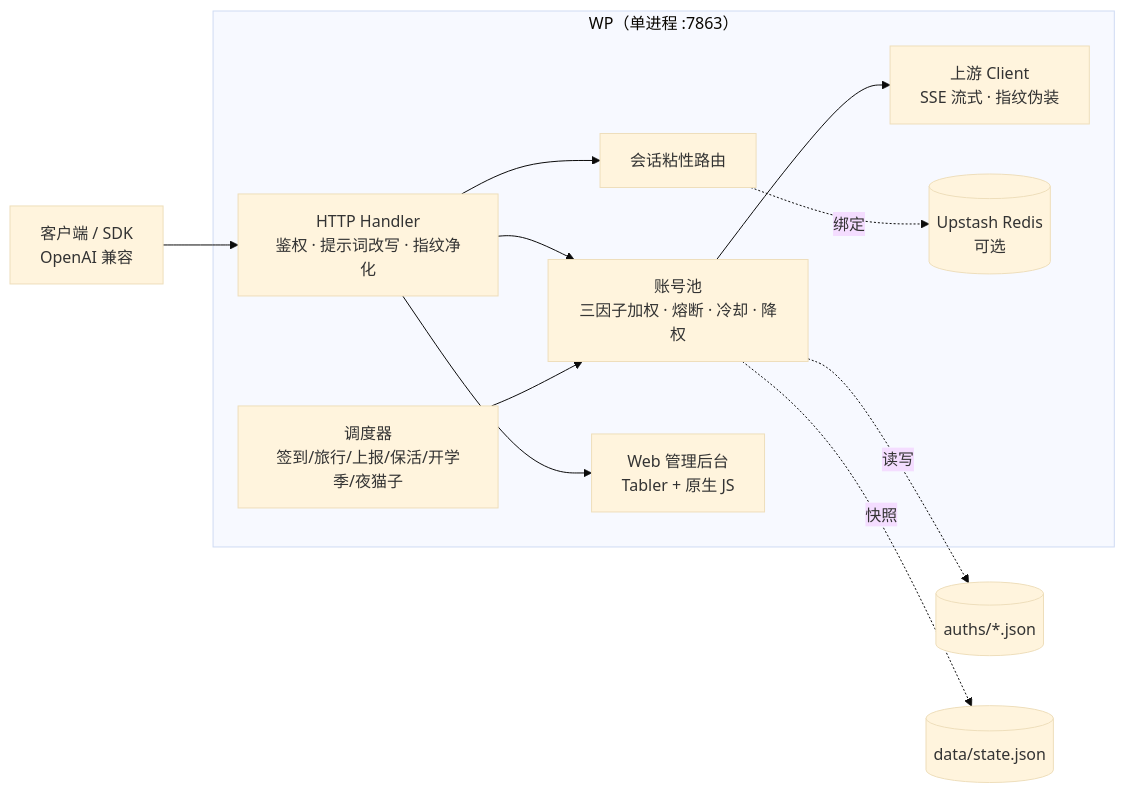
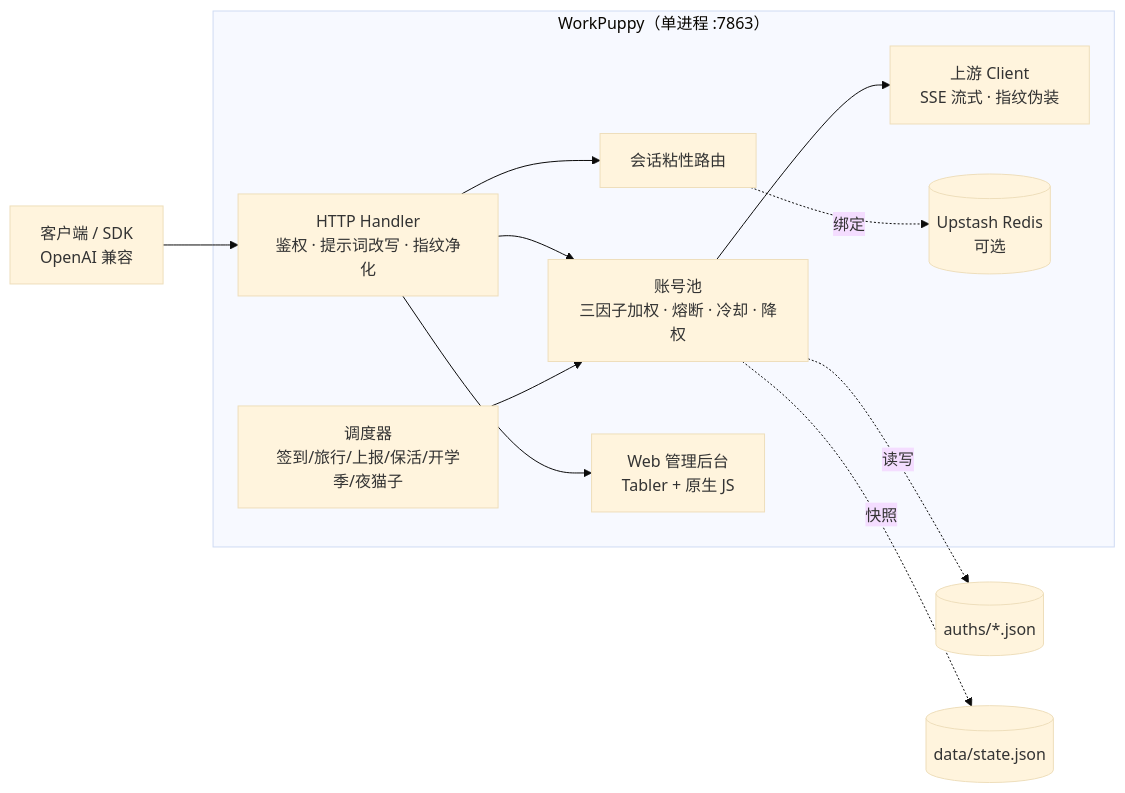
Before and after one commit to workpuppy/workpuppy: the diagram in README.md, drawn with Mermaid (base theme). The commit also changed other lines of this file, not shown here.

Commit message:
docs(readme): 正文里的产品自称统一为 WorkPuppy
把 README 里仍以 `WP` 指代产品自身的地方改掉（标题上一版已改）：
- 顶部 logo 的 `alt="WP"` → `alt="WorkPuppy"`；
- 架构图 mermaid 子图标签 `WP（单进程 :7863）` → `WorkPuppy（单进程 :7863）`。

刻意保留（都是标识符，改了会破坏兼容或用例）：
- 容器名 / 二进制名：`--name wp`、`go build -o wp`、`./wp -config`、
  `docker compose exec -it wp`、`docker compose restart wp`；
- 环境变量：`WP_ADMIN_PASSWORD` / `WP_AUTH_DIR` / `WP_STATE_FILE` / `WP_CONFIG` 等；
- 命令：`wpctl`、`./acct.sh` 等；`/status` 示例里的 `"service":"wp"`；
- 镜像坐标：`ghcr.io/workpuppy/workpuppy`、compose 服务名 `wp:`。

自检：全仓 `\bWP\b` 只剩上述命令/标识符；文档改动不影响构建，go test 无变化。

````diff
--- a/README.md
+++ b/README.md
@@ -552,14 +552,14 @@
 ```mermaid
 flowchart LR
     C["客户端 / SDK\nOpenAI 兼容"] --> H
-    subgraph GW["WP（单进程 :7863）"]
+    subgraph GW["WorkPuppy（单进程 :7863）"]
         H["HTTP Handler\n鉴权 · 提示词改写 · 指纹净化"] --> P
         H --> S
         H --> W["Web 管理后台\nTabler + 原生 JS"]
         P["账号池\n三因子加权 · 熔断 · 冷却 · 降权"] --> U["上游 Client\nSSE 流式 · 指纹伪装"]
         S["会话粘性路由"] -.绑定.-> R[("Upstash Redis\n可选")]
         T["调度器\n签到/旅行/上报/保活/开学季/夜猫子"] --> P
     end
     P -.读写.-> A[("auths/*.json")]
     P -.快照.-> ST[("data/state.json")]
 ```
````
